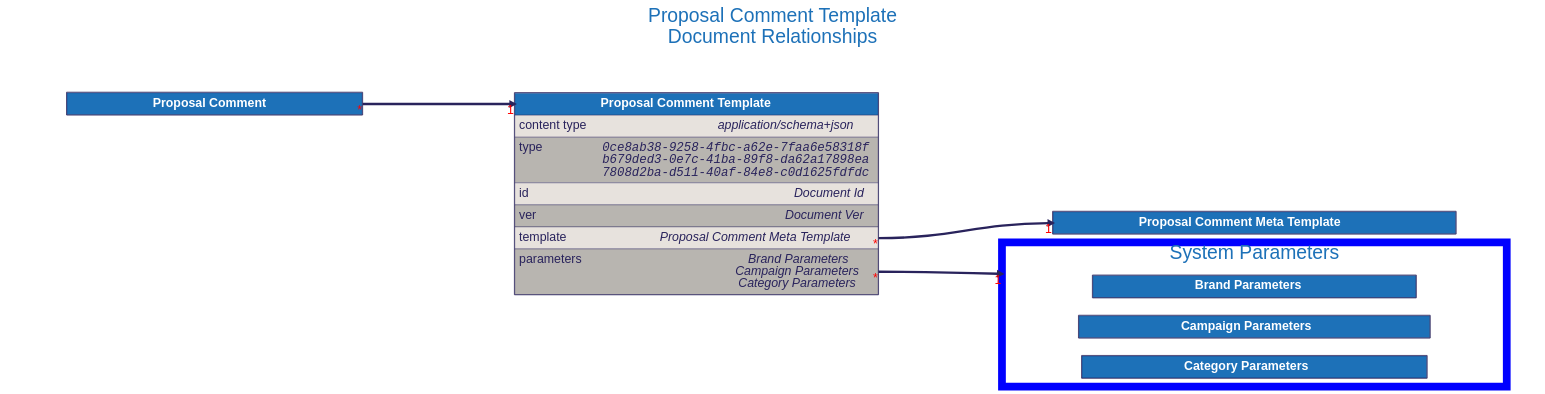
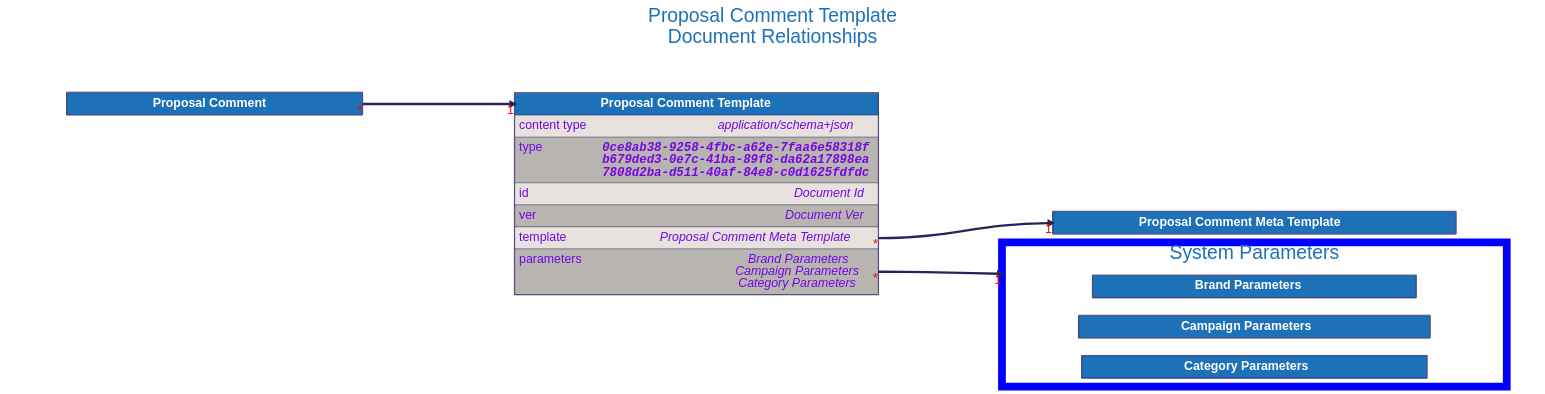
The diagram in docs/src/architecture/08_concepts/signed_doc/diagrams/proposal_comment_template.dot (input-output-hk/catalyst-libs), drawn with Graphviz before and after one commit. The commit also changed 15 other files, not shown here.

```diff
--- a/docs/src/architecture/08_concepts/signed_doc/diagrams/proposal_comment_template.dot
+++ b/docs/src/architecture/08_concepts/signed_doc/diagrams/proposal_comment_template.dot
@@ -1,175 +1,175 @@
 digraph "Proposal Comment Template" {
     rankdir="LR"
     graph [fontname="helvetica", fontsize="32", fontcolor="#29235c", bgcolor="white"];
     node [penwidth="0", margin="0", fontname="helvetica", fontsize="32", fontcolor="#29235c"];
     edge [fontname="helvetica", fontsize="32", fontcolor="red", color="#29235c"];
 
     labelloc="t"
     label="Proposal Comment Template
 Document Relationships"
     fontcolor="#1d71b8"
     fontsize=50
     compound=true
 
 
 
     "Proposal Comment Meta Template" [
         id="Proposal Comment Meta Template";
         label=<
             <TABLE BORDER="2" COLOR="#29235c" CELLBORDER="1" CELLSPACING="0" CELLPADDING="10">
             <TR>
                 <TD PORT="title" BGCOLOR="#1d71b8" HREF="../proposal_comment_meta_template/">
                     <FONT COLOR="#ffffff"><B> Proposal Comment Meta Template </B></FONT>
                 </TD>
             </TR>
 
             </TABLE>
         >
     ];
 
 
     "Proposal Comment Template" [
         id="Proposal Comment Template";
         label=<
             <TABLE BORDER="2" COLOR="#29235c" CELLBORDER="1" CELLSPACING="0" CELLPADDING="10">
             <TR>
                 <TD PORT="title" BGCOLOR="#1d71b8" HREF="../proposal_comment_template/">
                     <FONT COLOR="#ffffff"><B> Proposal Comment Template </B></FONT>
                 </TD>
             </TR>
             <TR>
                 <TD ALIGN="LEFT" PORT="content type" BGCOLOR="#e7e2dd">
                     <TABLE CELLPADDING="0" CELLSPACING="0" BORDER="0">
                         <TR>
-                            <TD ALIGN="LEFT" VALIGN="TOP" WIDTH="200"><FONT>content type</FONT></TD>
-                            <TD ALIGN="RIGHT"><FONT><I>application/schema+json</I></FONT></TD>
+                            <TD ALIGN="LEFT" VALIGN="TOP" WIDTH="200"><FONT COLOR="#7706E5">content type</FONT></TD>
+                            <TD ALIGN="RIGHT"><FONT COLOR="#7706E5"><I>application/schema+json</I></FONT></TD>
                         </TR>
                     </TABLE>
                 </TD>
             </TR>
             <TR>
                 <TD ALIGN="LEFT" PORT="type" BGCOLOR="#b8b5b0">
                     <TABLE CELLPADDING="0" CELLSPACING="0" BORDER="0">
                         <TR>
-                            <TD ALIGN="LEFT" VALIGN="TOP" WIDTH="200"><FONT>type</FONT></TD>
-                            <TD ALIGN="RIGHT"><FONT FACE="Courier"><I>0ce8ab38-9258-4fbc-a62e-7faa6e58318f<BR />b679ded3-0e7c-41ba-89f8-da62a17898ea<BR />7808d2ba-d511-40af-84e8-c0d1625fdfdc</I></FONT></TD>
+                            <TD ALIGN="LEFT" VALIGN="TOP" WIDTH="200"><FONT COLOR="#7706E5">type</FONT></TD>
+                            <TD ALIGN="RIGHT"><FONT FACE="Courier" COLOR="#7706E5"><B><I>0ce8ab38-9258-4fbc-a62e-7faa6e58318f<BR />b679ded3-0e7c-41ba-89f8-da62a17898ea<BR />7808d2ba-d511-40af-84e8-c0d1625fdfdc</I></B></FONT></TD>
                         </TR>
                     </TABLE>
                 </TD>
             </TR>
             <TR>
                 <TD ALIGN="LEFT" PORT="id" BGCOLOR="#e7e2dd">
                     <TABLE CELLPADDING="0" CELLSPACING="0" BORDER="0">
                         <TR>
-                            <TD ALIGN="LEFT" VALIGN="TOP" WIDTH="200"><FONT>id</FONT></TD>
-                            <TD ALIGN="RIGHT"><FONT><I>Document Id</I></FONT></TD>
+                            <TD ALIGN="LEFT" VALIGN="TOP" WIDTH="200"><FONT COLOR="#7706E5">id</FONT></TD>
+                            <TD ALIGN="RIGHT"><FONT COLOR="#7706E5"><I>Document Id</I></FONT></TD>
                         </TR>
                     </TABLE>
                 </TD>
             </TR>
             <TR>
                 <TD ALIGN="LEFT" PORT="ver" BGCOLOR="#b8b5b0">
                     <TABLE CELLPADDING="0" CELLSPACING="0" BORDER="0">
                         <TR>
-                            <TD ALIGN="LEFT" VALIGN="TOP" WIDTH="200"><FONT>ver</FONT></TD>
-                            <TD ALIGN="RIGHT"><FONT><I>Document Ver</I></FONT></TD>
+                            <TD ALIGN="LEFT" VALIGN="TOP" WIDTH="200"><FONT COLOR="#7706E5">ver</FONT></TD>
+                            <TD ALIGN="RIGHT"><FONT COLOR="#7706E5"><I>Document Ver</I></FONT></TD>
                         </TR>
                     </TABLE>
                 </TD>
             </TR>
             <TR>
                 <TD ALIGN="LEFT" PORT="template" BGCOLOR="#e7e2dd">
                     <TABLE CELLPADDING="0" CELLSPACING="0" BORDER="0">
                         <TR>
-                            <TD ALIGN="LEFT" VALIGN="TOP" WIDTH="200"><FONT>template</FONT></TD>
-                            <TD ALIGN="RIGHT"><FONT><I>Proposal Comment Meta Template</I></FONT></TD>
+                            <TD ALIGN="LEFT" VALIGN="TOP" WIDTH="200"><FONT COLOR="#7706E5">template</FONT></TD>
+                            <TD ALIGN="RIGHT"><FONT COLOR="#7706E5"><I>Proposal Comment Meta Template</I></FONT></TD>
                         </TR>
                     </TABLE>
                 </TD>
             </TR>
             <TR>
                 <TD ALIGN="LEFT" PORT="parameters" BGCOLOR="#b8b5b0">
                     <TABLE CELLPADDING="0" CELLSPACING="0" BORDER="0">
                         <TR>
-                            <TD ALIGN="LEFT" VALIGN="TOP" WIDTH="200"><FONT>parameters</FONT></TD>
-                            <TD ALIGN="RIGHT"><FONT><I>Brand Parameters<BR />Campaign Parameters<BR />Category Parameters</I></FONT></TD>
+                            <TD ALIGN="LEFT" VALIGN="TOP" WIDTH="200"><FONT COLOR="#7706E5">parameters</FONT></TD>
+                            <TD ALIGN="RIGHT"><FONT COLOR="#7706E5"><I>Brand Parameters<BR />Campaign Parameters<BR />Category Parameters</I></FONT></TD>
                         </TR>
                     </TABLE>
                 </TD>
             </TR>
 
             </TABLE>
         >
     ];
 
 
     "Proposal Comment" [
         id="Proposal Comment";
         label=<
             <TABLE BORDER="2" COLOR="#29235c" CELLBORDER="1" CELLSPACING="0" CELLPADDING="10">
             <TR>
                 <TD PORT="title" BGCOLOR="#1d71b8" HREF="../proposal_comment/">
                     <FONT COLOR="#ffffff"><B> Proposal Comment </B></FONT>
                 </TD>
             </TR>
 
             </TABLE>
         >
     ];
 
 
     subgraph cluster_system_parameters {
         label = "System Parameters";
         color=blue
         penwidth=20
 
         "Brand Parameters" [
             id="Brand Parameters";
             label=<
                 <TABLE BORDER="2" COLOR="#29235c" CELLBORDER="1" CELLSPACING="0" CELLPADDING="10">
                 <TR>
                     <TD PORT="title" BGCOLOR="#1d71b8" HREF="../brand_parameters/">
                         <FONT COLOR="#ffffff"><B> Brand Parameters </B></FONT>
                     </TD>
                 </TR>
 
                 </TABLE>
             >
         ];
 
 
         "Campaign Parameters" [
             id="Campaign Parameters";
             label=<
                 <TABLE BORDER="2" COLOR="#29235c" CELLBORDER="1" CELLSPACING="0" CELLPADDING="10">
                 <TR>
                     <TD PORT="title" BGCOLOR="#1d71b8" HREF="../campaign_parameters/">
                         <FONT COLOR="#ffffff"><B> Campaign Parameters </B></FONT>
                     </TD>
                 </TR>
 
                 </TABLE>
             >
         ];
 
 
         "Category Parameters" [
             id="Category Parameters";
             label=<
                 <TABLE BORDER="2" COLOR="#29235c" CELLBORDER="1" CELLSPACING="0" CELLPADDING="10">
                 <TR>
                     <TD PORT="title" BGCOLOR="#1d71b8" HREF="../category_parameters/">
                         <FONT COLOR="#ffffff"><B> Category Parameters </B></FONT>
                     </TD>
                 </TR>
 
                 </TABLE>
             >
         ];
 
     }
 
     "Proposal Comment Template":"template":e -> "Proposal Comment Meta Template":"title":w [dir=forward, penwidth=6, color="#29235c", headlabel="1", taillabel="*"]
     "Proposal Comment Template":"parameters":e -> "Brand Parameters" [dir=forward, penwidth=6, color="#29235c", headlabel="1", taillabel="*", lhead="cluster_system_parameters"]
     "Proposal Comment":"title":e -> "Proposal Comment Template":"title":w [dir=forward, penwidth=6, color="#29235c", headlabel="1", taillabel="*"]
 }
```
